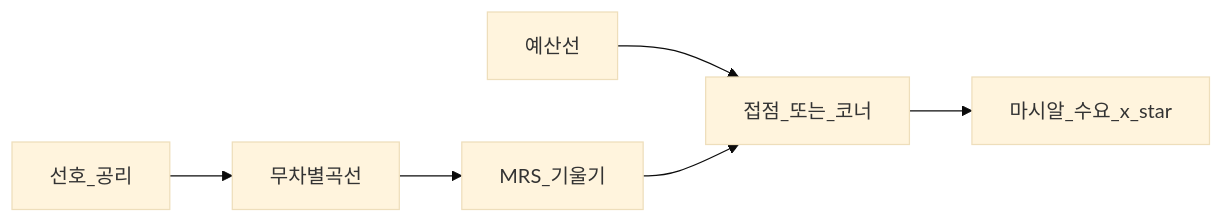
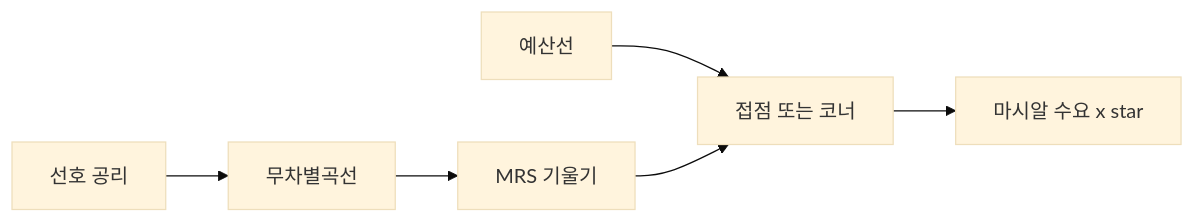
The first of 5 diagrams in 02-economics/micro-01-consumer-theory.md (goldanghenry/Finances), drawn with Mermaid (base theme) before and after one commit. The commit also changed other lines of this file and 211 other files, not shown here.

````diff
--- a/02-economics/micro-01-consumer-theory.md
+++ b/02-economics/micro-01-consumer-theory.md
@@ -109,8 +125,8 @@
 ```mermaid
 flowchart LR
-  P[선호_공리] --> IC[무차별곡선]
-  IC --> MRS[MRS_기울기]
-  BC[예산선] --> TAN[접점_또는_코너]
+  P["선호 공리"] --> IC[무차별곡선]
+  IC --> MRS["MRS 기울기"]
+  BC[예산선] --> TAN["접점 또는 코너"]
   MRS --> TAN
-  TAN --> DEM[마시알_수요_x_star]
+  TAN --> DEM["마시알 수요 x star"]
 ```
````
